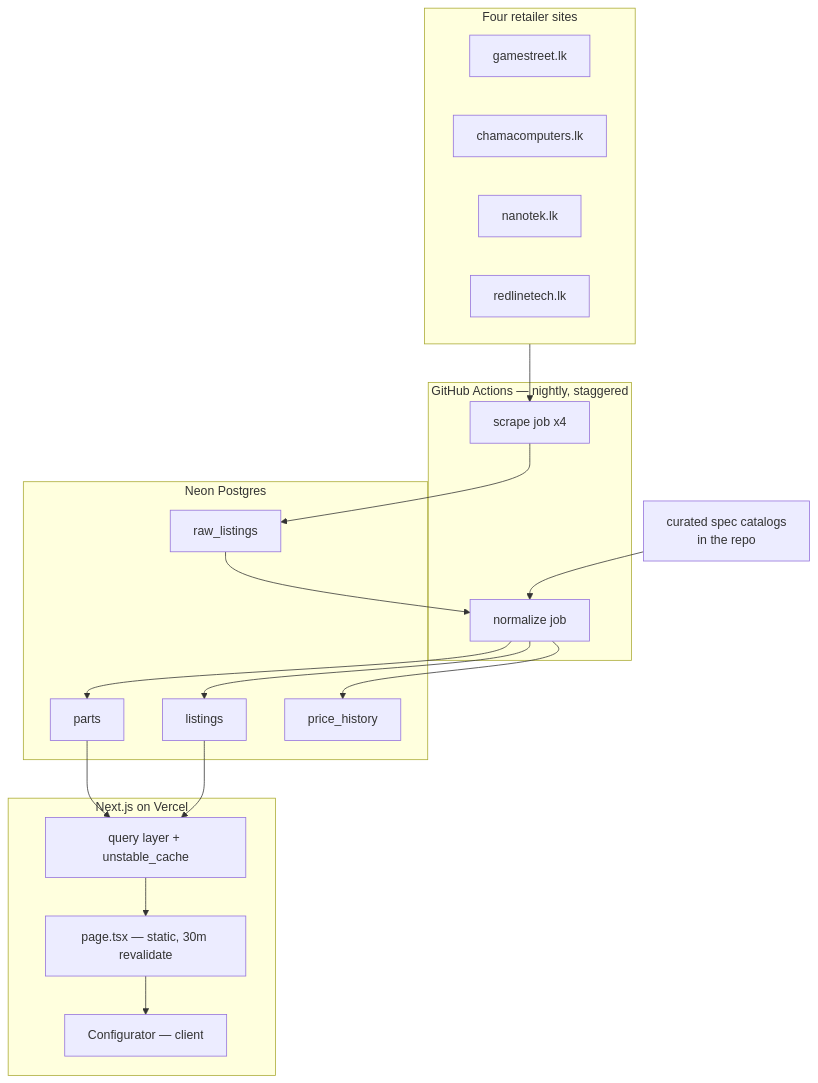
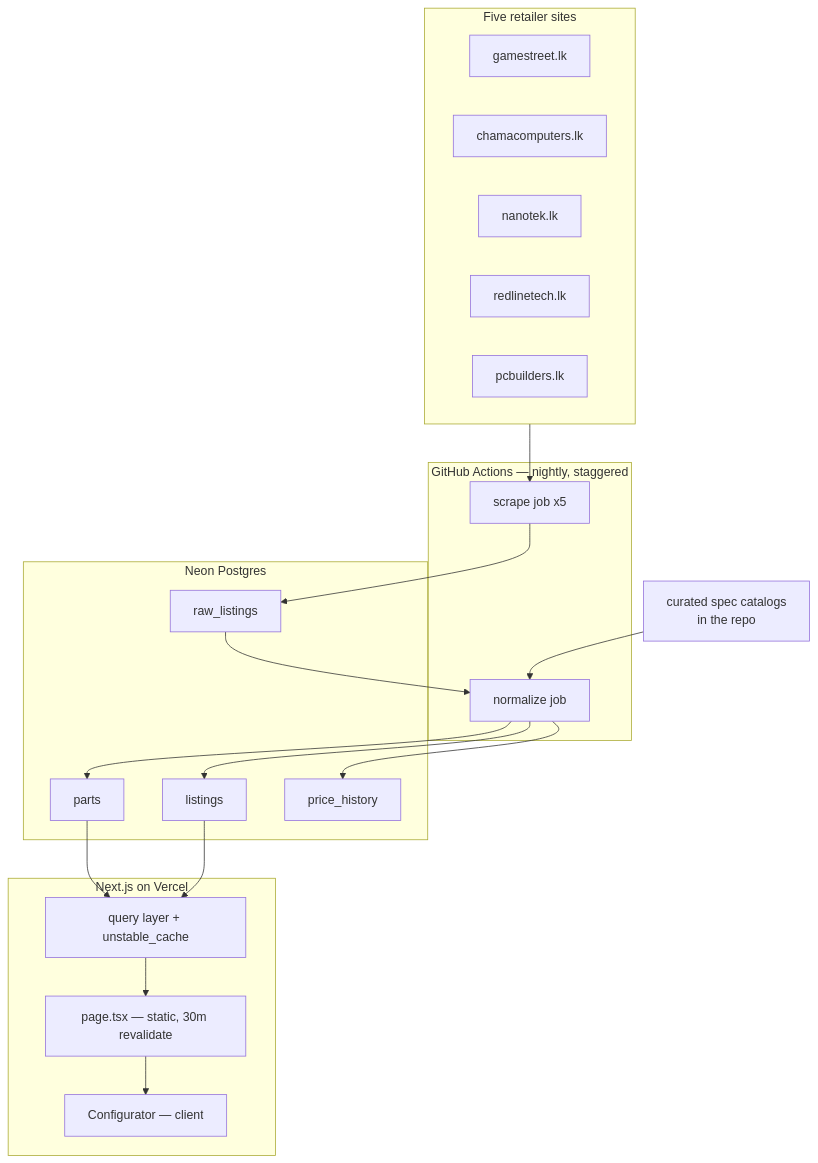
One commit to ShehanEk/sl-pc-part-picker changed the diagram in docs/architecture.md. Above: the diagram before and after it, drawn with Mermaid. The commit also changed other lines of this file and 11 other files, not shown here.

````diff
--- a/docs/architecture.md
+++ b/docs/architecture.md
@@ -25,39 +25,40 @@
 ```mermaid
 flowchart TB
-  subgraph shops["Four retailer sites"]
+  subgraph shops["Five retailer sites"]
     S1["gamestreet.lk"]
     S2["chamacomputers.lk"]
     S3["nanotek.lk"]
     S4["redlinetech.lk"]
+    S5["pcbuilders.lk"]
   end
 
   subgraph ci["GitHub Actions — nightly, staggered"]
-    SC["scrape job x4"]
+    SC["scrape job x5"]
     NO["normalize job"]
   end
 
   subgraph db["Neon Postgres"]
     RAW["raw_listings"]
     P["parts"]
     L["listings"]
     H["price_history"]
   end
 
   subgraph app["Next.js on Vercel"]
     Q["query layer + unstable_cache"]
     PAGE["page.tsx — static, 30m revalidate"]
     CFG["Configurator — client"]
   end
 
   CAT["curated spec catalogs<br/>in the repo"]
 
   shops --> SC --> RAW
   RAW --> NO
   NO --> P
   NO --> L
   NO --> H
   CAT --> NO
   P --> Q
   L --> Q
   Q --> PAGE --> CFG
 ```
````
